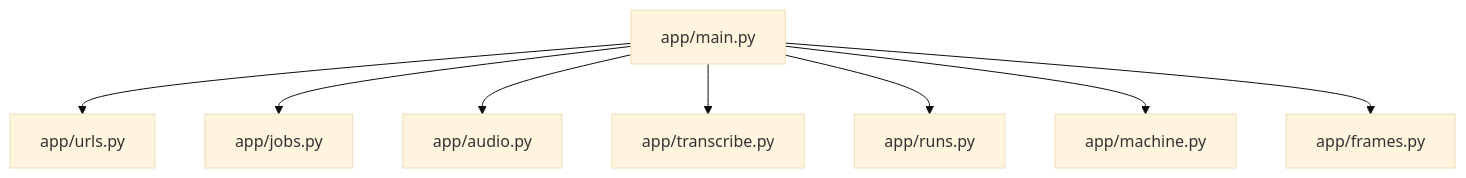
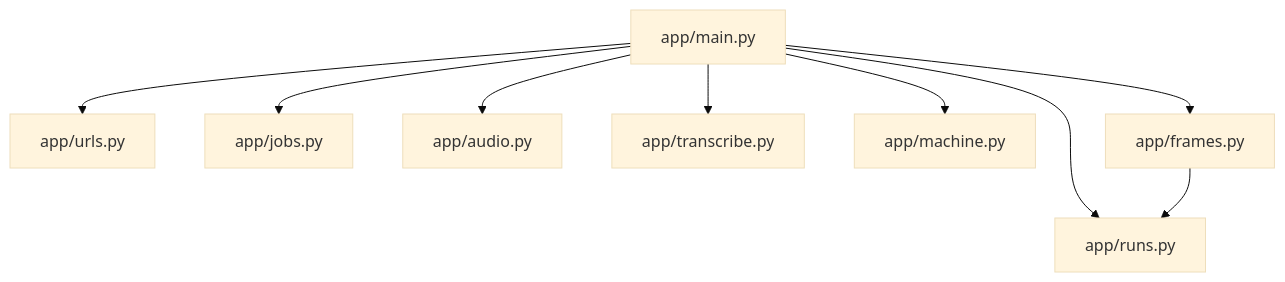
Before and after one commit to kevpdev/yt-transcriber: the diagram in aidd_docs/memory/codebase-map.md, drawn with Mermaid (base theme). The commit also changed 4 other files, not shown here.

````diff
--- a/aidd_docs/memory/codebase-map.md
+++ b/aidd_docs/memory/codebase-map.md
@@ -5,10 +5,11 @@
 ```mermaid
 flowchart TD
     main["app/main.py"] --> urls["app/urls.py"]
     main --> jobs["app/jobs.py"]
     main --> audio["app/audio.py"]
     main --> transcribe["app/transcribe.py"]
     main --> runs["app/runs.py"]
     main --> machine["app/machine.py"]
     main --> frames["app/frames.py"]
+    frames --> runs
 ```
````
